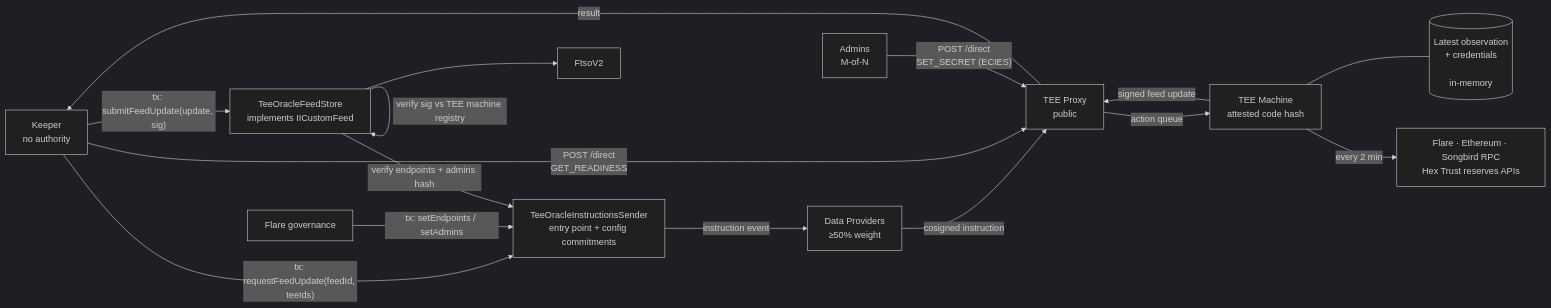
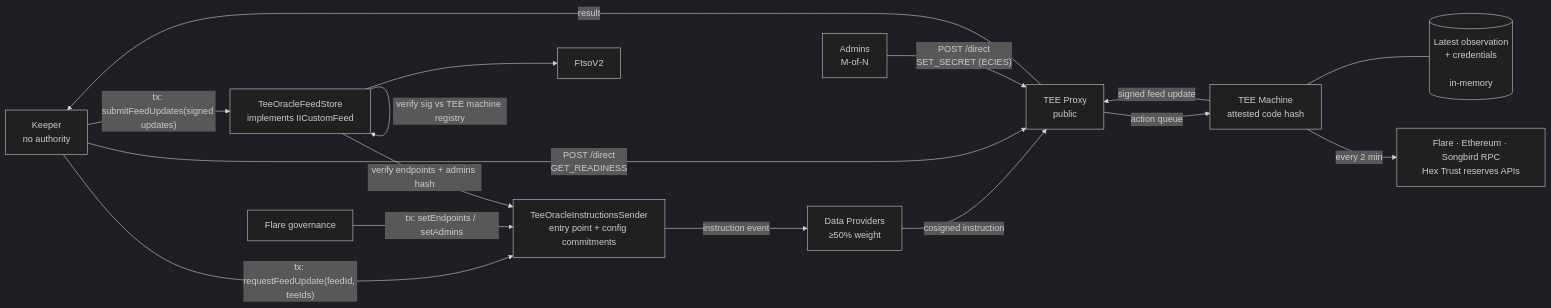
One commit to flare-foundation/fce-usdx-oracle changed the first of 4 diagrams in README.md. Above: the diagram before and after it, drawn with Mermaid (dark theme). The commit also changed other lines of this file and 18 other files, not shown here.

````diff
--- a/README.md
+++ b/README.md
@@ -65,30 +41,30 @@
 ```mermaid
 flowchart LR
   K[Keeper<br/>no authority]
   G[Flare governance]
   ADM[Admins<br/>M-of-N]
   IS[TeeOracleInstructionsSender<br/>entry point + config commitments]
   P[TEE Proxy<br/>public]
   DP[Data Providers<br/>≥50% weight]
   T[TEE Machine<br/>attested code hash]
   OBS[(Latest observation<br/>+ credentials<br/><br/>in-memory)]
   SRC[Flare · Ethereum · Songbird RPC<br/>Hex Trust reserves APIs]
   ST[TeeOracleFeedStore<br/>implements IICustomFeed]
   F[FtsoV2]
 
   K -- "tx: requestFeedUpdate(feedId, teeIds)" --> IS
   G -- "tx: setEndpoints / setAdmins" --> IS
   IS -- "instruction event" --> DP
   DP -- "cosigned instruction" --> P
   K -- "POST /direct<br/>GET_READINESS" --> P
   ADM -- "POST /direct<br/>SET_SECRET (ECIES)" --> P
   P -- "action queue" --> T
   T --- OBS
   T -- "every 2 min" --> SRC
   T -- "signed feed update" --> P
   P -- "result" --> K
-  K -- "tx: submitFeedUpdate(update, sig)" --> ST
+  K -- "tx: submitFeedUpdates(signed updates)" --> ST
   ST -- "verify sig vs TEE machine registry" --> ST
   ST -- "verify endpoints + admins hash" --> IS
   ST --> F
 ```
````
